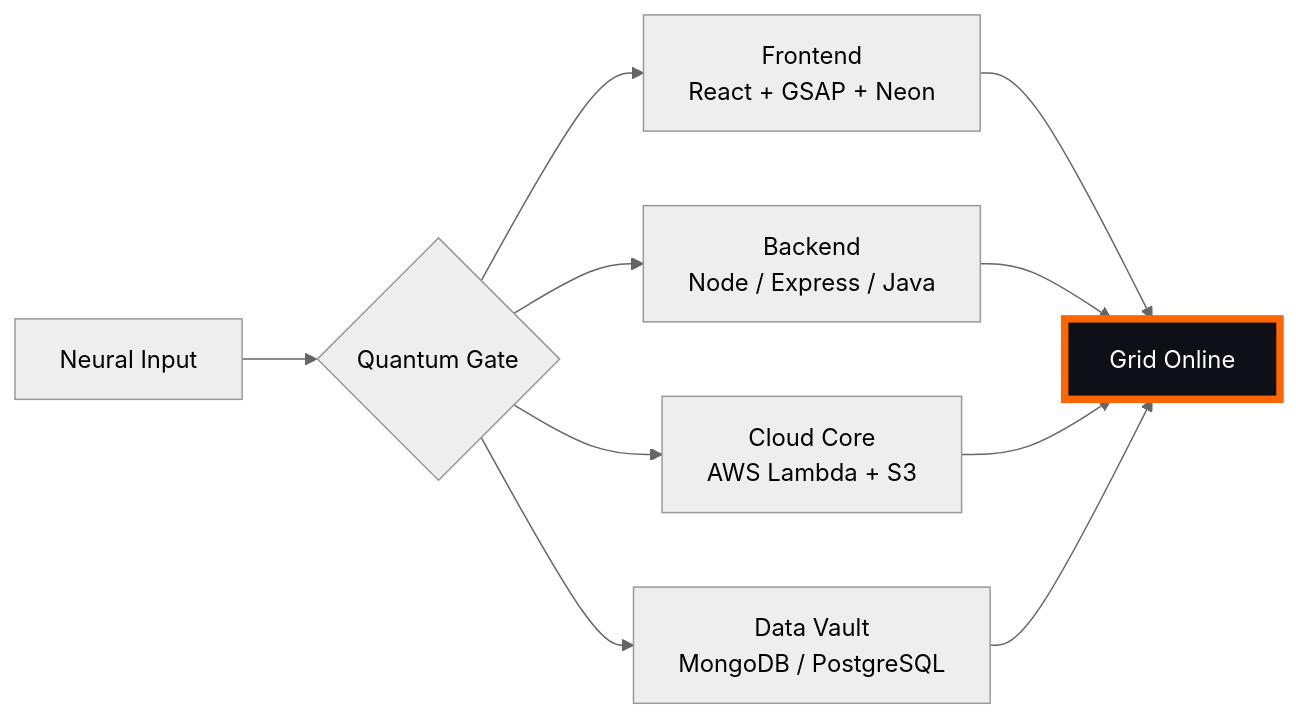
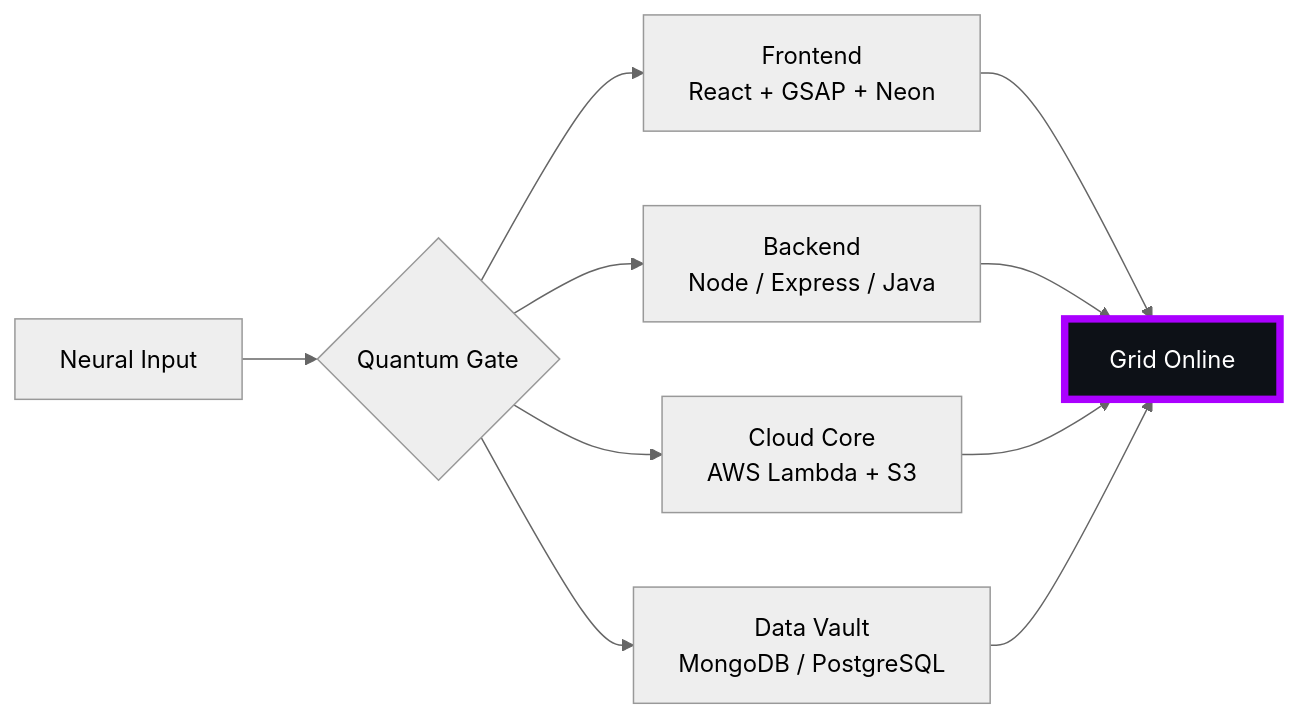
The diagram in README.md (pendemvamsi/pendemvamsi), drawn with Mermaid (neutral theme) before and after one commit. The commit also changed other lines of this file and 1 other file, not shown here.

````diff
--- a/README.md
+++ b/README.md
@@ -32,10 +32,10 @@
 ```mermaid
 flowchart LR
     U[Neural Input] --> G{Quantum Gate}
     G --> F[Frontend<br>React + GSAP + Neon]
     G --> B[Backend<br>Node / Express / Java]
     G --> C[Cloud Core<br>AWS Lambda + S3]
     G --> D[Data Vault<br>MongoDB / PostgreSQL]
     F & B & C & D --> O[Grid Online]
-    style O fill:#0d1117,stroke:#FF6600,stroke-width:5px,color:#fff
+    style O fill:#0d1117,stroke:#AA00FF,stroke-width:5px,color:#fff
 ```
````
